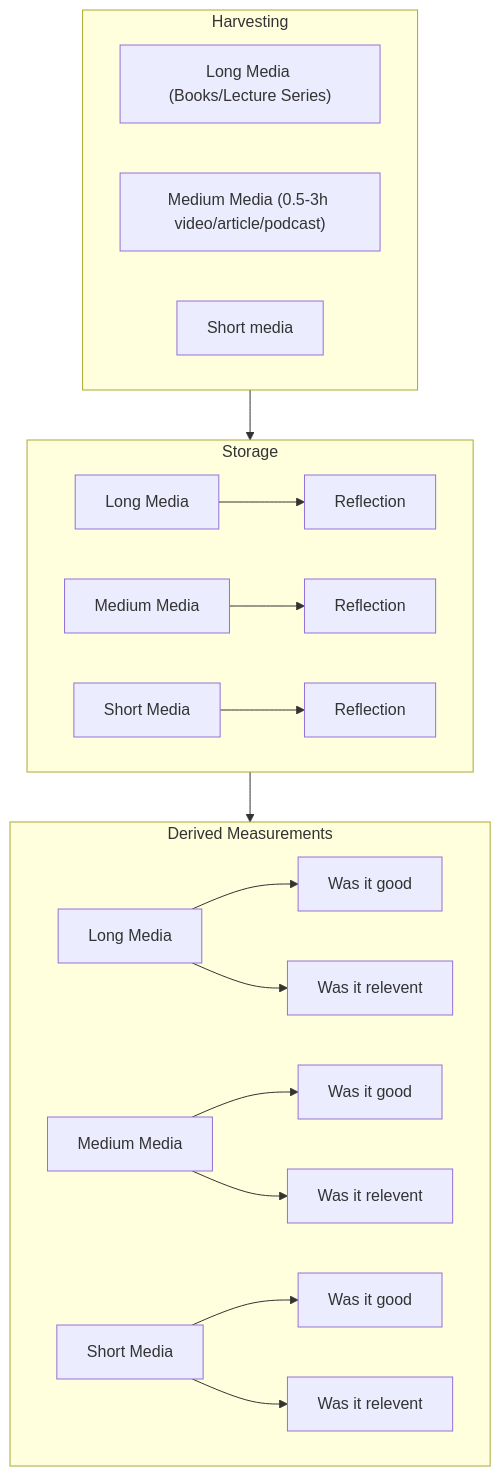
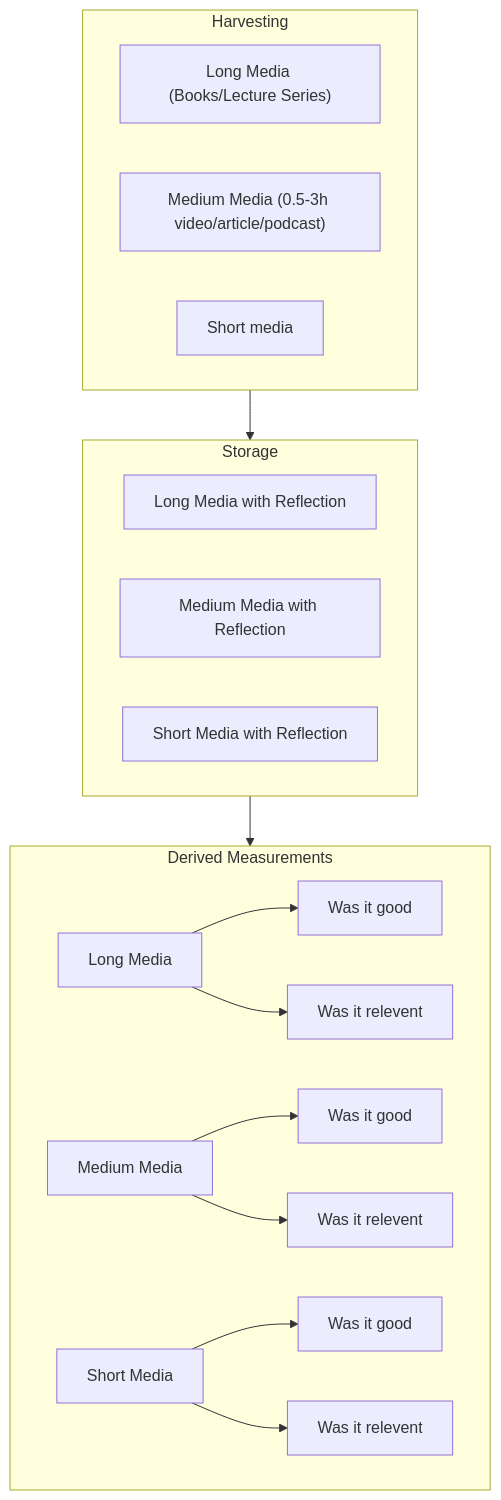
The diagram in notes/2024/3 fall/media.mermaid (Narcolapser/bullet_journaling), drawn with Mermaid before and after one commit. The commit also changed 2 other files, not shown here.

```diff
--- a/notes/2024/3 fall/media.mermaid
+++ b/notes/2024/3 fall/media.mermaid
@@ -1,27 +1,27 @@
 graph TD
     subgraph Row1[Harvesting]
         A1["Long Media (Books/Lecture Series)"] 
         A2["Medium Media (0.5-3h video/article/podcast)"] 
         A3["Short media"]
     end
 
     subgraph Row2[Storage]
-        B1[Long Media] --> B11[Reflection]
-        B2[Medium Media]  --> B21[Reflection]
-        B3[Short Media] --> B31[Reflection]
+        B1[Long Media with Reflection]
+        B2[Medium Media with Reflection]
+        B3[Short Media with Reflection]
     end
 
     subgraph Row3[Derived Measurements]
         C1[Long Media]
         C1 --> C11[Was it good]
         C1 --> C12[Was it relevent]
         C2[Medium Media]
         C2 --> C21[Was it good]
         C2 --> C22[Was it relevent]
         C3[Short Media]
         C3 --> C31[Was it good]
         C3 --> C32[Was it relevent]
         
     end
     Row1 --> Row2
     Row2 --> Row3
```
